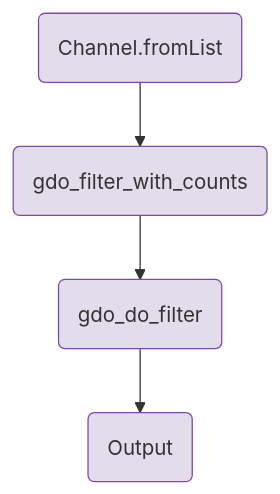
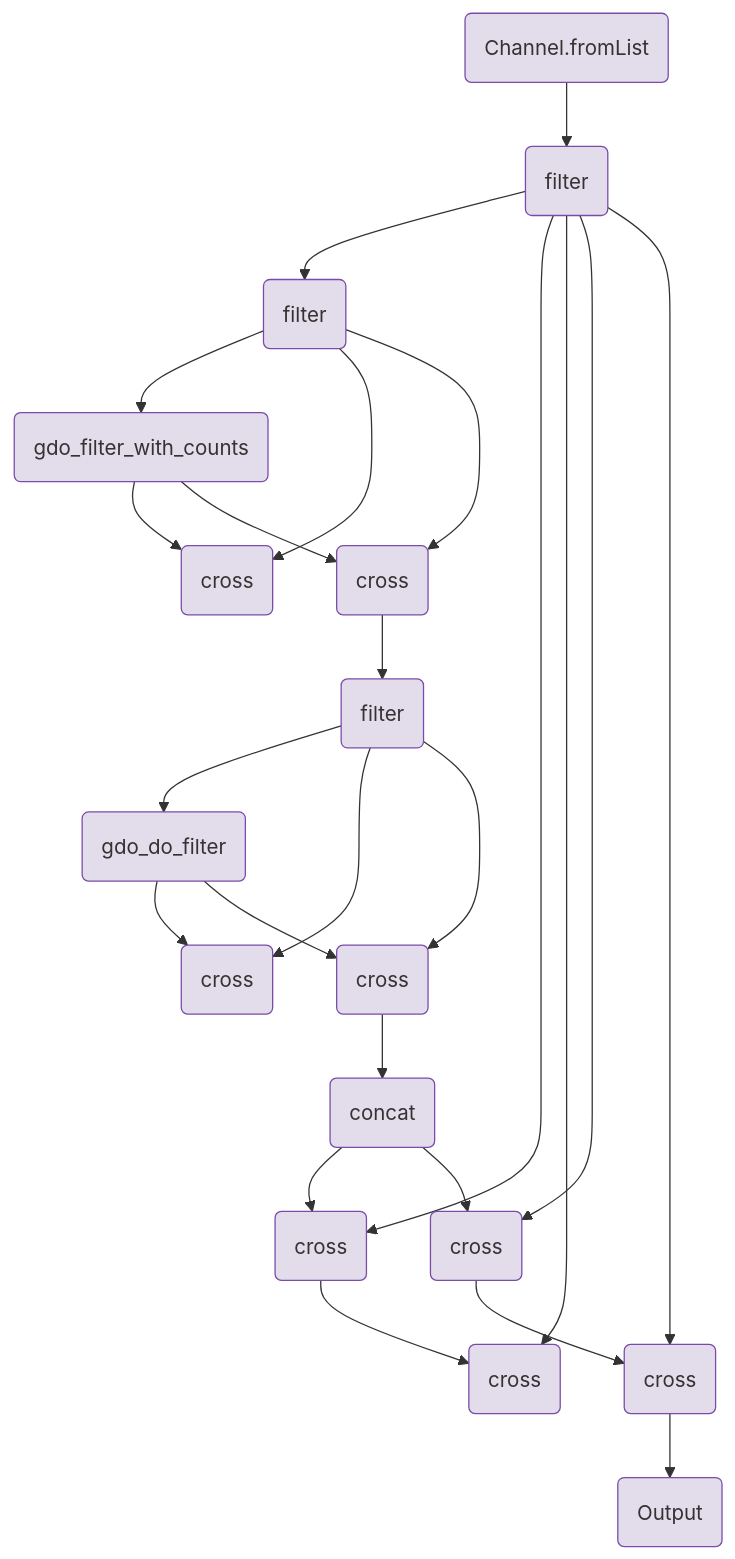
One commit to openpipelines-bio/website changed the diagram in components/workflows/gdo/gdo_singlesample.qmd. Above: the diagram before and after it, drawn with Mermaid. The commit also changed other lines of this file and 149 other files, not shown here.

````diff
--- a/components/workflows/gdo/gdo_singlesample.qmd
+++ b/components/workflows/gdo/gdo_singlesample.qmd
@@ -111,15 +113,59 @@
 ```{mermaid}
 flowchart TB
     v0(Channel.fromList)
+    v2(filter)
+    v10(filter)
     v18(gdo_filter_with_counts)
-    v38(gdo_do_filter)
-    v66(Output)
-    v0-->v18
-    v18-->v38
-    v38-->v66
+    v25(cross)
+    v35(cross)
+    v41(filter)
+    v71(concat)
+    v49(gdo_do_filter)
+    v56(cross)
+    v66(cross)
+    v78(cross)
+    v85(cross)
+    v97(cross)
+    v104(cross)
+    v108(Output)
+    v0-->v2
+    v2-->v10
+    v10-->v18
+    v18-->v25
+    v10-->v25
+    v10-->v35
+    v41-->v49
+    v49-->v56
+    v41-->v56
+    v41-->v66
+    v66-->v71
+    v71-->v78
+    v2-->v78
+    v78-->v85
+    v2-->v85
+    v2-->v97
+    v97-->v104
+    v2-->v104
+    v104-->v108
+    v35-->v41
+    v18-->v35
+    v49-->v66
+    v71-->v97
     style v0 fill:#e3dcea,stroke:#7a4baa;
+    style v2 fill:#e3dcea,stroke:#7a4baa;
+    style v10 fill:#e3dcea,stroke:#7a4baa;
     style v18 fill:#e3dcea,stroke:#7a4baa;
-    style v38 fill:#e3dcea,stroke:#7a4baa;
+    style v25 fill:#e3dcea,stroke:#7a4baa;
+    style v35 fill:#e3dcea,stroke:#7a4baa;
+    style v41 fill:#e3dcea,stroke:#7a4baa;
+    style v71 fill:#e3dcea,stroke:#7a4baa;
+    style v49 fill:#e3dcea,stroke:#7a4baa;
+    style v56 fill:#e3dcea,stroke:#7a4baa;
     style v66 fill:#e3dcea,stroke:#7a4baa;
+    style v78 fill:#e3dcea,stroke:#7a4baa;
+    style v85 fill:#e3dcea,stroke:#7a4baa;
+    style v97 fill:#e3dcea,stroke:#7a4baa;
+    style v104 fill:#e3dcea,stroke:#7a4baa;
+    style v108 fill:#e3dcea,stroke:#7a4baa;
 
 ```
````
